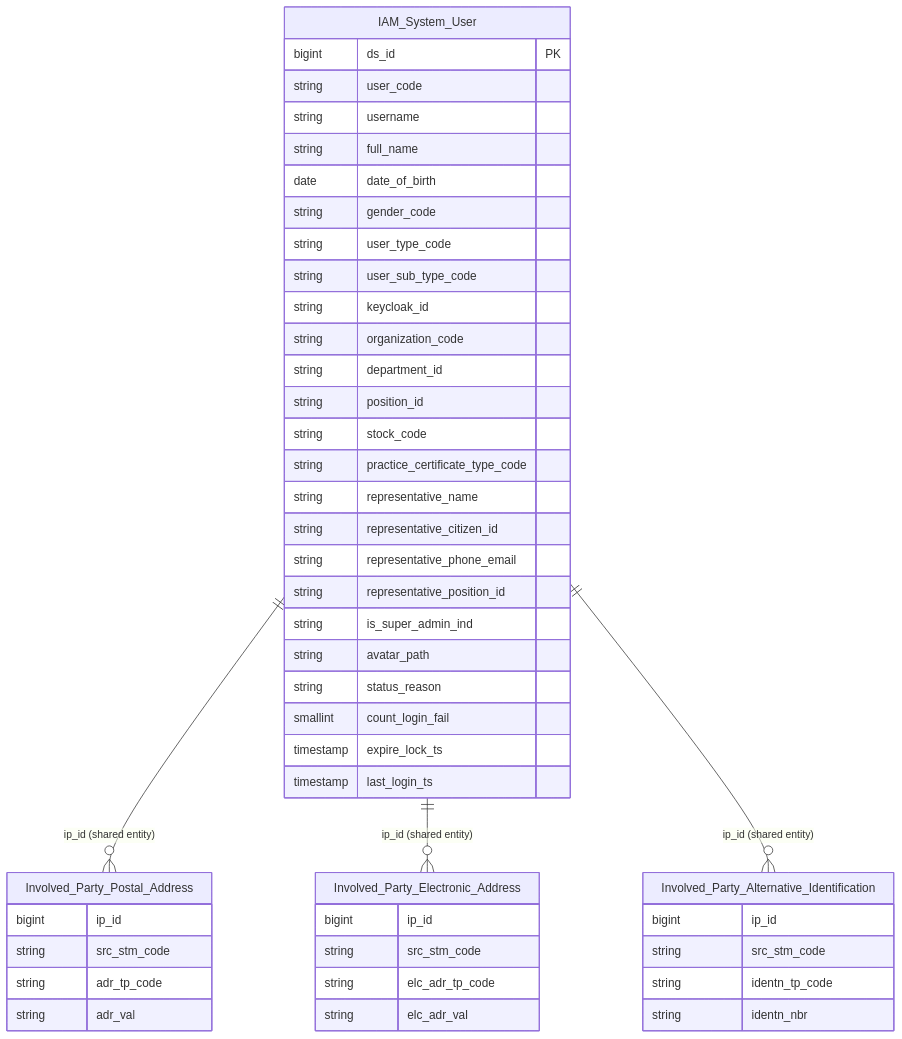
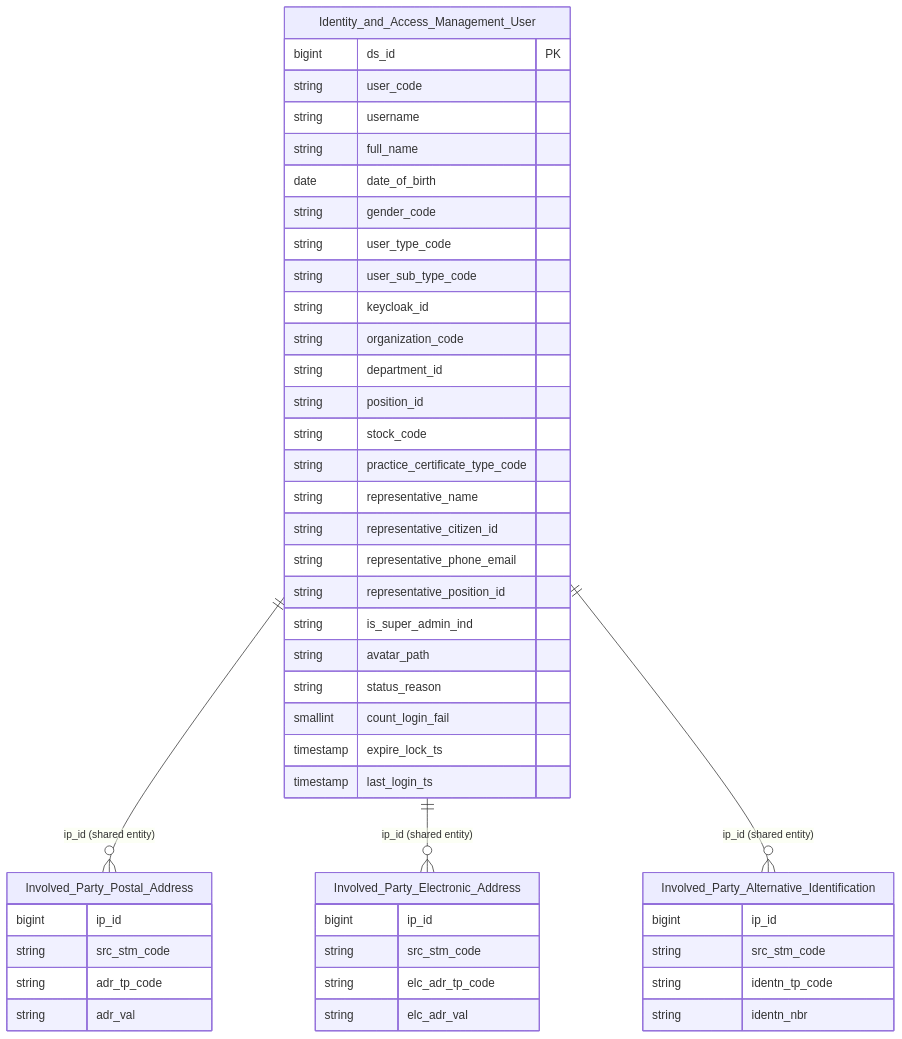
Before and after one commit to linhlvit/ubck_atomic_design: the second of 2 diagrams in DataModel/working/Atomic/hld/IAM_HLD_Tier1.md, drawn with Mermaid. The commit also changed 351 other files, not shown here.

````diff
--- a/DataModel/working/Atomic/hld/IAM_HLD_Tier1.md
+++ b/DataModel/working/Atomic/hld/IAM_HLD_Tier1.md
@@ -70,54 +70,54 @@
 ```mermaid
 erDiagram
-    IAM_System_User {
+    Identity_and_Access_Management_User {
         bigint ds_id PK
         string user_code
         string username
         string full_name
         date date_of_birth
         string gender_code
         string user_type_code
         string user_sub_type_code
         string keycloak_id
         string organization_code
         string department_id
         string position_id
         string stock_code
         string practice_certificate_type_code
         string representative_name
         string representative_citizen_id
         string representative_phone_email
         string representative_position_id
         string is_super_admin_ind
         string avatar_path
         string status_reason
         smallint count_login_fail
         timestamp expire_lock_ts
         timestamp last_login_ts
     }
 
     Involved_Party_Postal_Address {
         bigint ip_id
         string src_stm_code
         string adr_tp_code
         string adr_val
     }
 
     Involved_Party_Electronic_Address {
         bigint ip_id
         string src_stm_code
         string elc_adr_tp_code
         string elc_adr_val
     }
 
     Involved_Party_Alternative_Identification {
         bigint ip_id
         string src_stm_code
         string identn_tp_code
         string identn_nbr
     }
 
-    IAM_System_User ||--o{ Involved_Party_Postal_Address : "ip_id (shared entity)"
-    IAM_System_User ||--o{ Involved_Party_Electronic_Address : "ip_id (shared entity)"
-    IAM_System_User ||--o{ Involved_Party_Alternative_Identification : "ip_id (shared entity)"
+    Identity_and_Access_Management_User ||--o{ Involved_Party_Postal_Address : "ip_id (shared entity)"
+    Identity_and_Access_Management_User ||--o{ Involved_Party_Electronic_Address : "ip_id (shared entity)"
+    Identity_and_Access_Management_User ||--o{ Involved_Party_Alternative_Identification : "ip_id (shared entity)"
 ```
````
